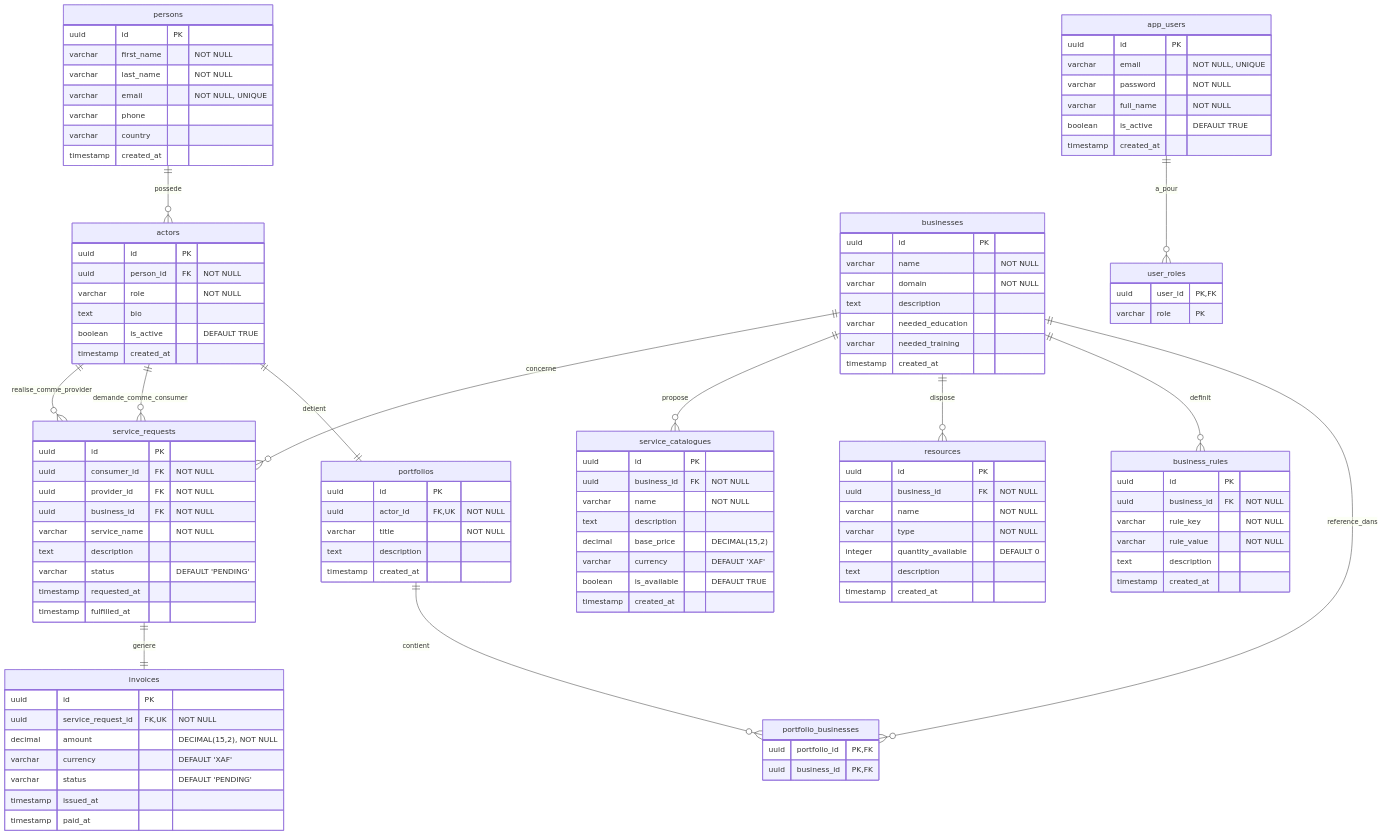
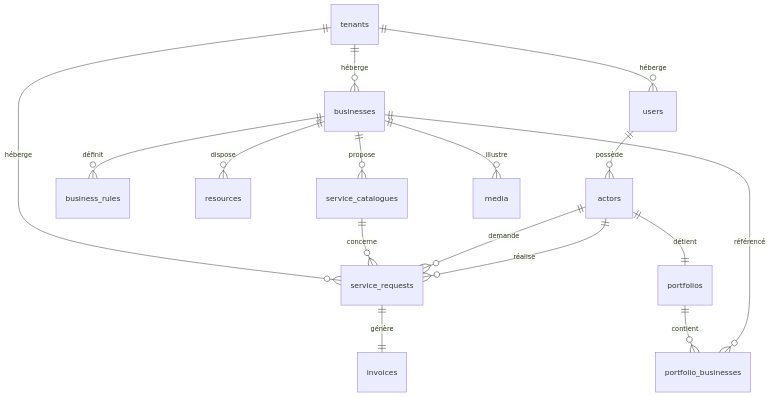
The diagram in backend/docs/MLD.md (Chris-Manuelpipo/bizcore), drawn with Mermaid before and after one commit. The commit also changed other lines of this file and 48 other files, not shown here.

First line of the commit message:
refactor: fusion Person+AppUser→User, refonte MCD, nouvelles migrations 015-019

````diff
--- a/backend/docs/MLD.md
+++ b/backend/docs/MLD.md
@@ -37,122 +5,18 @@
 ```mermaid
 erDiagram
-    persons ||--o{ actors : possede
-    persons {
-        uuid id PK
-        varchar first_name "NOT NULL"
-        varchar last_name "NOT NULL"
-        varchar email "NOT NULL, UNIQUE"
-        varchar phone
-        varchar country
-        timestamp created_at
-    }
-
-    actors ||--|| portfolios : detient
-    actors ||--o{ service_requests : demande_comme_consumer
-    actors ||--o{ service_requests : realise_comme_provider
-    actors {
-        uuid id PK
-        uuid person_id FK "NOT NULL"
-        varchar role "NOT NULL"
-        text bio
-        boolean is_active "DEFAULT TRUE"
-        timestamp created_at
-    }
-
-    portfolios ||--o{ portfolio_businesses : contient
-    portfolios {
-        uuid id PK
-        uuid actor_id FK,UK "NOT NULL"
-        varchar title "NOT NULL"
-        text description
-        timestamp created_at
-    }
-
-    businesses ||--o{ portfolio_businesses : reference_dans
-    businesses ||--o{ business_rules : definit
-    businesses ||--o{ resources : dispose
-    businesses ||--o{ service_catalogues : propose
-    businesses ||--o{ service_requests : concerne
-    businesses {
-        uuid id PK
-        varchar name "NOT NULL"
-        varchar domain "NOT NULL"
-        text description
-        varchar needed_education
-        varchar needed_training
-        timestamp created_at
-    }
-
-    portfolio_businesses {
-        uuid portfolio_id PK,FK
-        uuid business_id PK,FK
-    }
-
-    business_rules {
-        uuid id PK
-        uuid business_id FK "NOT NULL"
-        varchar rule_key "NOT NULL"
-        varchar rule_value "NOT NULL"
-        text description
-        timestamp created_at
-    }
-
-    resources {
-        uuid id PK
-        uuid business_id FK "NOT NULL"
-        varchar name "NOT NULL"
-        varchar type "NOT NULL"
-        integer quantity_available "DEFAULT 0"
-        text description
-        timestamp created_at
-    }
-
-    service_catalogues {
-        uuid id PK
-        uuid business_id FK "NOT NULL"
-        varchar name "NOT NULL"
-        text description
-        decimal base_price "DECIMAL(15,2)"
-        varchar currency "DEFAULT 'XAF'"
-        boolean is_available "DEFAULT TRUE"
-        timestamp created_at
-    }
-
-    service_requests ||--|| invoices : genere
-    service_requests {
-        uuid id PK
-        uuid consumer_id FK "NOT NULL"
-        uuid provider_id FK "NOT NULL"
-        uuid business_id FK "NOT NULL"
-        varchar service_name "NOT NULL"
-        text description
-        varchar status "DEFAULT 'PENDING'"
-        timestamp requested_at
-        timestamp fulfilled_at
-    }
-
-    invoices {
-        uuid id PK
-        uuid service_request_id FK,UK "NOT NULL"
-        decimal amount "DECIMAL(15,2), NOT NULL"
-        varchar currency "DEFAULT 'XAF'"
-        varchar status "DEFAULT 'PENDING'"
-        timestamp issued_at
-        timestamp paid_at
-    }
-
-    app_users ||--o{ user_roles : a_pour
-    app_users {
-        uuid id PK
-        varchar email "NOT NULL, UNIQUE"
-        varchar password "NOT NULL"
-        varchar full_name "NOT NULL"
-        boolean is_active "DEFAULT TRUE"
-        timestamp created_at
-    }
-
-    user_roles {
-        uuid user_id PK,FK
-        varchar role PK
-    }
+    tenants ||--o{ users : "héberge"
+    tenants ||--o{ businesses : "héberge"
+    tenants ||--o{ service_requests : "héberge"
+    users ||--o{ actors : "possède"
+    actors ||--|| portfolios : "détient"
+    portfolios ||--o{ portfolio_businesses : "contient"
+    businesses ||--o{ portfolio_businesses : "référencé"
+    businesses ||--o{ business_rules : "définit"
+    businesses ||--o{ resources : "dispose"
+    businesses ||--o{ service_catalogues : "propose"
+    businesses ||--o{ media : "illustre"
+    service_catalogues ||--o{ service_requests : "concerne"
+    actors ||--o{ service_requests : "demande"
+    actors ||--o{ service_requests : "réalise"
+    service_requests ||--|| invoices : "génère"
 ```
````
